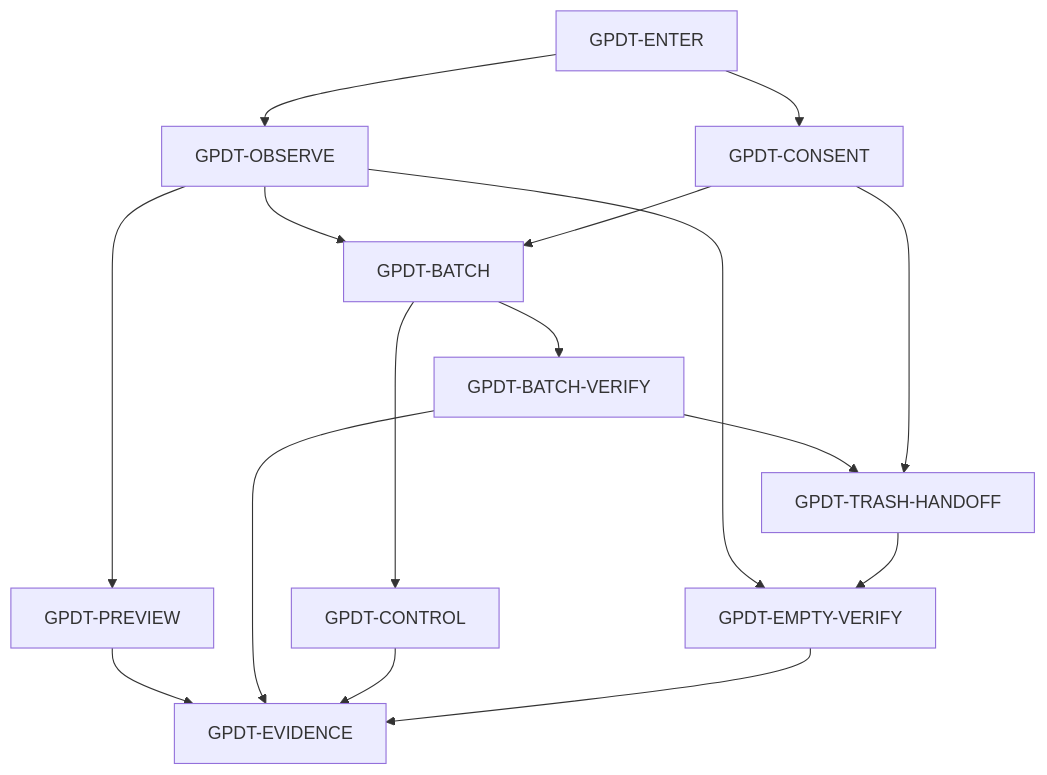
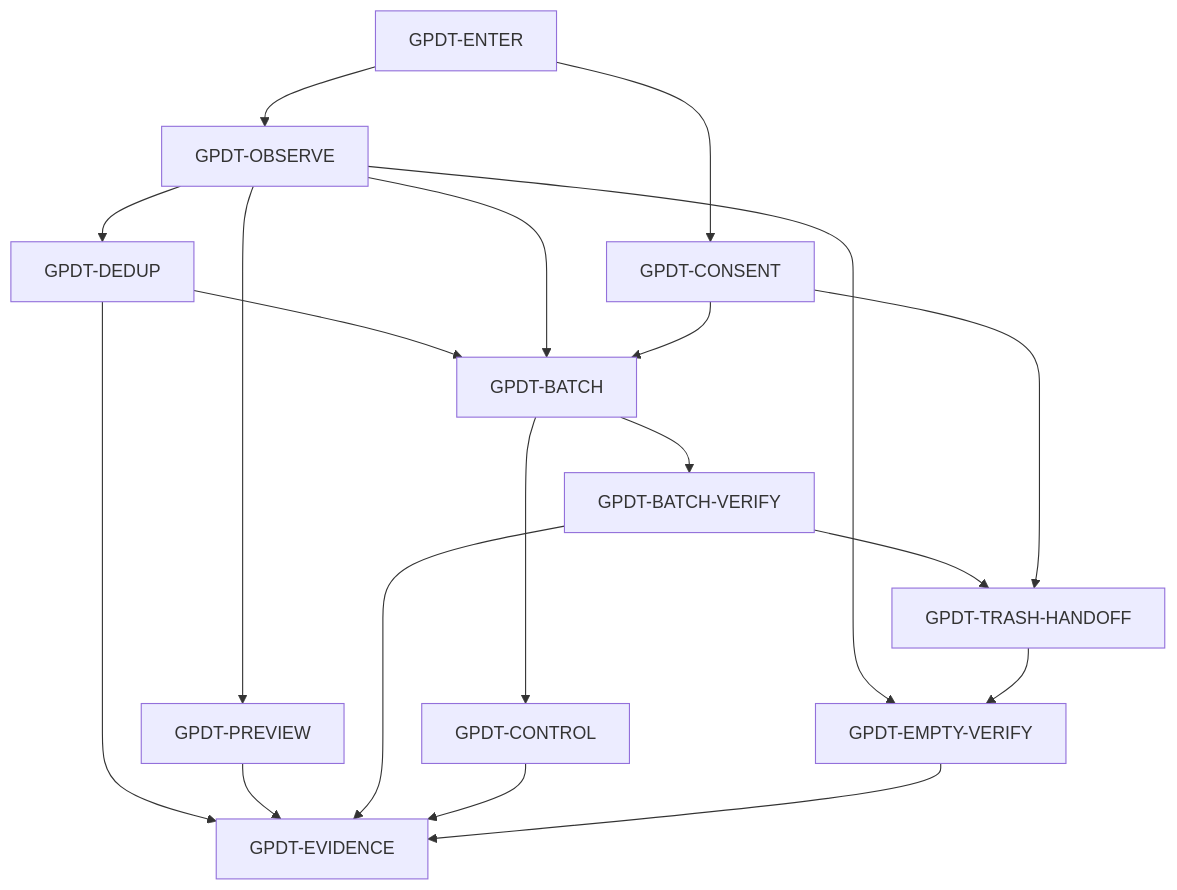
The diagram in docs/capabilities.md (shtse8/Google-Photos-Delete-Tool), drawn with Mermaid before and after one commit. The commit also changed other lines of this file and 50 other files, not shown here.

````diff
--- a/docs/capabilities.md
+++ b/docs/capabilities.md
@@ -17,28 +17,32 @@
 ```mermaid
 flowchart TD
   GPDT_ENTER["GPDT-ENTER"]
   GPDT_OBSERVE["GPDT-OBSERVE"]
   GPDT_PREVIEW["GPDT-PREVIEW"]
+  GPDT_DEDUP["GPDT-DEDUP"]
   GPDT_CONSENT["GPDT-CONSENT"]
   GPDT_BATCH["GPDT-BATCH"]
   GPDT_BATCH_VERIFY["GPDT-BATCH-VERIFY"]
   GPDT_CONTROL["GPDT-CONTROL"]
   GPDT_TRASH_HANDOFF["GPDT-TRASH-HANDOFF"]
   GPDT_EMPTY_VERIFY["GPDT-EMPTY-VERIFY"]
   GPDT_EVIDENCE["GPDT-EVIDENCE"]
   GPDT_ENTER --> GPDT_OBSERVE
   GPDT_ENTER --> GPDT_CONSENT
   GPDT_OBSERVE --> GPDT_PREVIEW
+  GPDT_OBSERVE --> GPDT_DEDUP
+  GPDT_DEDUP --> GPDT_BATCH
+  GPDT_DEDUP --> GPDT_EVIDENCE
   GPDT_OBSERVE --> GPDT_BATCH
   GPDT_CONSENT --> GPDT_BATCH
   GPDT_BATCH --> GPDT_BATCH_VERIFY
   GPDT_BATCH --> GPDT_CONTROL
   GPDT_BATCH_VERIFY --> GPDT_TRASH_HANDOFF
   GPDT_CONSENT --> GPDT_TRASH_HANDOFF
   GPDT_OBSERVE --> GPDT_EMPTY_VERIFY
   GPDT_TRASH_HANDOFF --> GPDT_EMPTY_VERIFY
   GPDT_PREVIEW --> GPDT_EVIDENCE
   GPDT_BATCH_VERIFY --> GPDT_EVIDENCE
   GPDT_CONTROL --> GPDT_EVIDENCE
   GPDT_EMPTY_VERIFY --> GPDT_EVIDENCE
 ```
````
